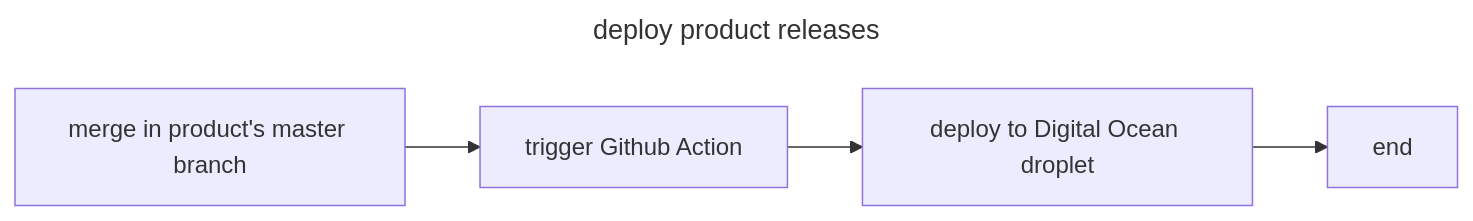
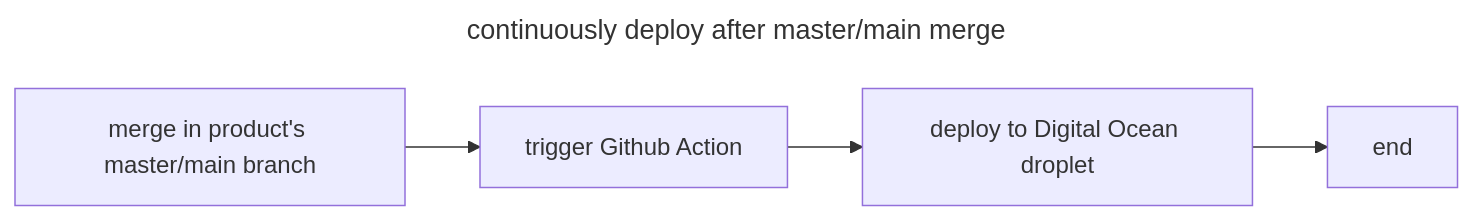
The third of 5 diagrams in docs/processes.md (khaldoun-xyz/standard), drawn with Mermaid before and after one commit. The commit also changed other lines of this file, not shown here.

```diff
--- a/docs/processes.md
+++ b/docs/processes.md
@@ -92,9 +105,9 @@
 ~~~mermaid
 ---
-title: deploy product releases
+title: continuously deploy after master/main merge
 ---
 flowchart LR
-  A[merge in product's master branch] --> B[trigger Github Action]
+  A[merge in product's master/main branch] --> B[trigger Github Action]
   B --> C[deploy to Digital Ocean droplet]
   C --> D[end]
 ~~~
```
